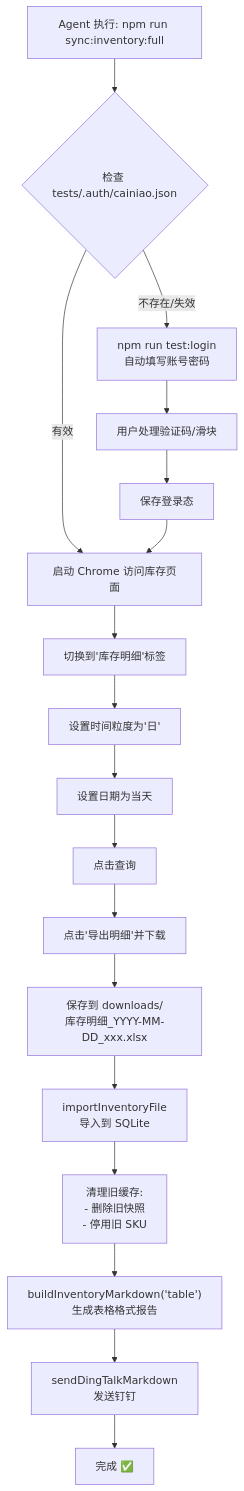
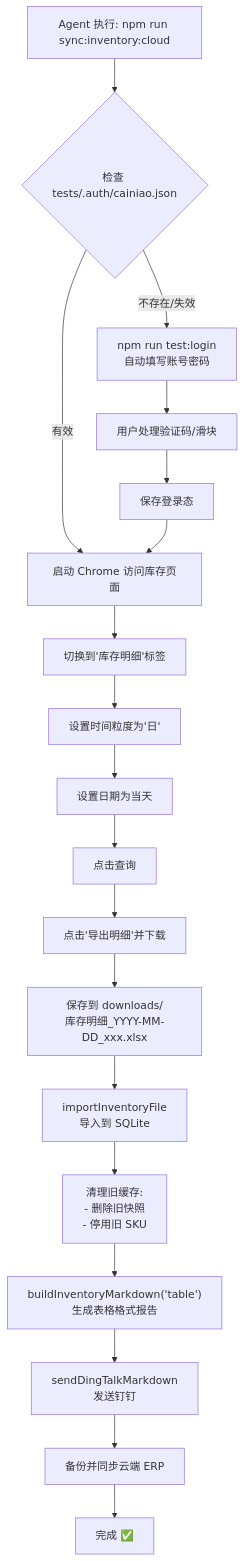
The diagram in docs/automation-cainiao-inventory.md (907609732/AI-Smart-ERP-Automation-Tool), drawn with Mermaid before and after one commit. The commit also changed other lines of this file and 5 other files, not shown here.

Commit message:
feat: schedule local inventory cloud sync

````diff
--- a/docs/automation-cainiao-inventory.md
+++ b/docs/automation-cainiao-inventory.md
@@ -57,20 +60,21 @@
 ```mermaid
 flowchart TD
-    Start["Agent 执行: npm run sync:inventory:full"] --> CheckAuth{"检查 tests/.auth/cainiao.json"}
+    Start["Agent 执行: npm run sync:inventory:cloud"] --> CheckAuth{"检查 tests/.auth/cainiao.json"}
     CheckAuth -- "不存在/失效" --> Login["npm run test:login<br/>自动填写账号密码"]
     Login --> ManualVerify["用户处理验证码/滑块"]
     ManualVerify --> SaveAuth["保存登录态"]
     CheckAuth -- "有效" --> LaunchChrome["启动 Chrome 访问库存页面"]
     SaveAuth --> LaunchChrome
     LaunchChrome --> SwitchTab["切换到'库存明细'标签"]
     SwitchTab --> SetDay["设置时间粒度为'日'"]
     SetDay --> SetToday["设置日期为当天"]
     SetToday --> Query["点击查询"]
     Query --> Export["点击'导出明细'并下载"]
     Export --> SaveFile["保存到 downloads/<br/>库存明细_YYYY-MM-DD_xxx.xlsx"]
     SaveFile --> Import["importInventoryFile<br/>导入到 SQLite"]
     Import --> CleanCache["清理旧缓存:<br/>- 删除旧快照<br/>- 停用旧 SKU"]
     CleanCache --> GenReport["buildInventoryMarkdown('table')<br/>生成表格格式报告"]
     GenReport --> SendDing["sendDingTalkMarkdown<br/>发送钉钉"]
-    SendDing --> Done["完成 ✅"]
+    SendDing --> CloudSync["备份并同步云端 ERP"]
+    CloudSync --> Done["完成 ✅"]
 ```
````
